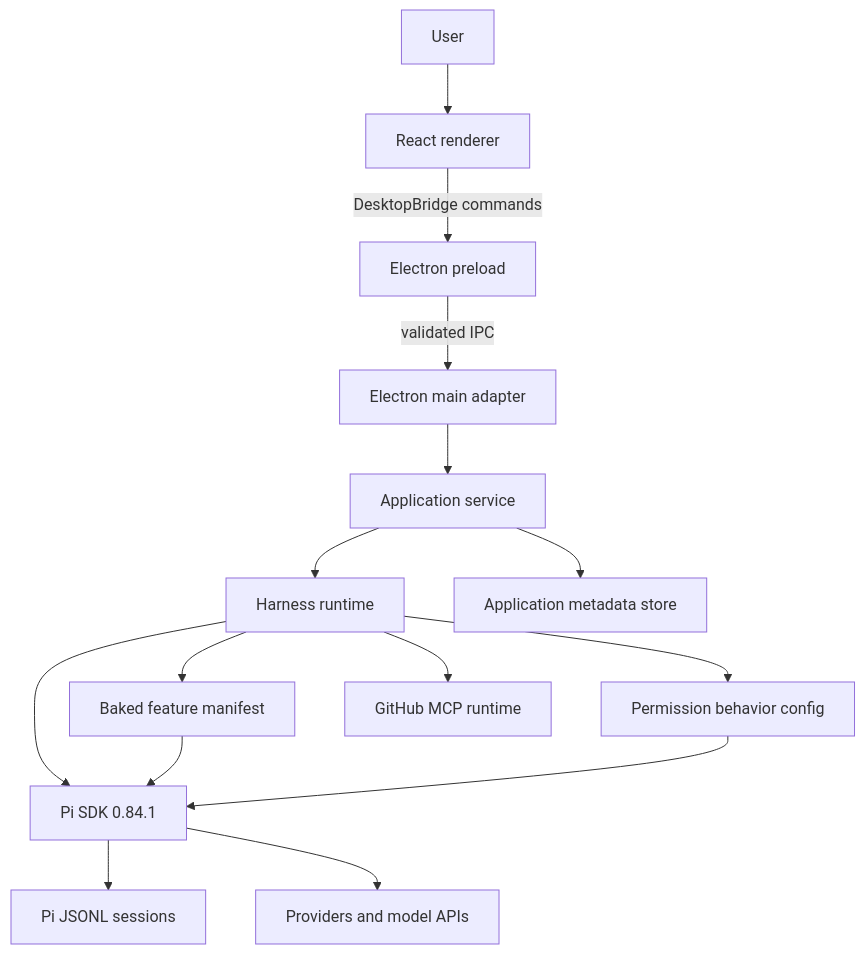
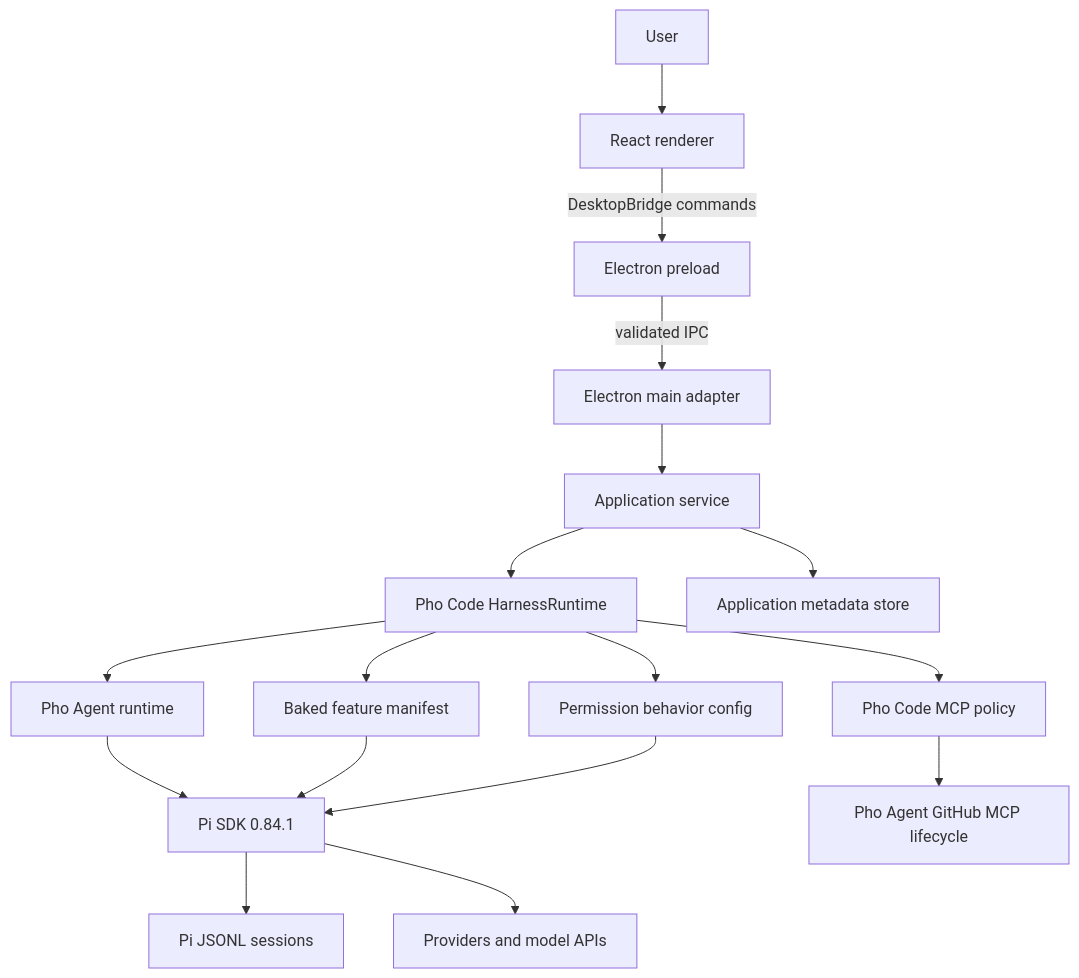
Before and after one commit to vietfood/pho-code: the second of 2 diagrams in docs/architecture/overview.md, drawn with Mermaid. The commit also changed other lines of this file and 93 other files, not shown here.

Commit message:
feat: establish reusable Pho Agent foundation

````diff
--- a/docs/architecture/overview.md
+++ b/docs/architecture/overview.md
@@ -66,17 +72,19 @@
 ```mermaid
 flowchart TB
     User["User"] --> Renderer["React renderer"]
     Renderer -->|"DesktopBridge commands"| Preload["Electron preload"]
     Preload -->|"validated IPC"| Main["Electron main adapter"]
     Main --> App["Application service"]
-    App --> Runtime["Harness runtime"]
-    Runtime --> Pi["Pi SDK 0.84.1"]
+    App --> Runtime["Pho Code HarnessRuntime"]
+    Runtime --> AgentRuntime["Pho Agent runtime"]
+    AgentRuntime --> Pi["Pi SDK 0.84.1"]
     App --> Metadata["Application metadata store"]
     Pi --> Sessions["Pi JSONL sessions"]
     Runtime --> Features["Baked feature manifest"]
     Features --> Pi
     Runtime --> PermissionConfig["Permission behavior config"]
     PermissionConfig --> Pi
     Pi --> Models["Providers and model APIs"]
-    Runtime --> MCP["GitHub MCP runtime"]
+    Runtime --> MCPPolicy["Pho Code MCP policy"]
+    MCPPolicy --> AgentMCP["Pho Agent GitHub MCP lifecycle"]
 ```
````
